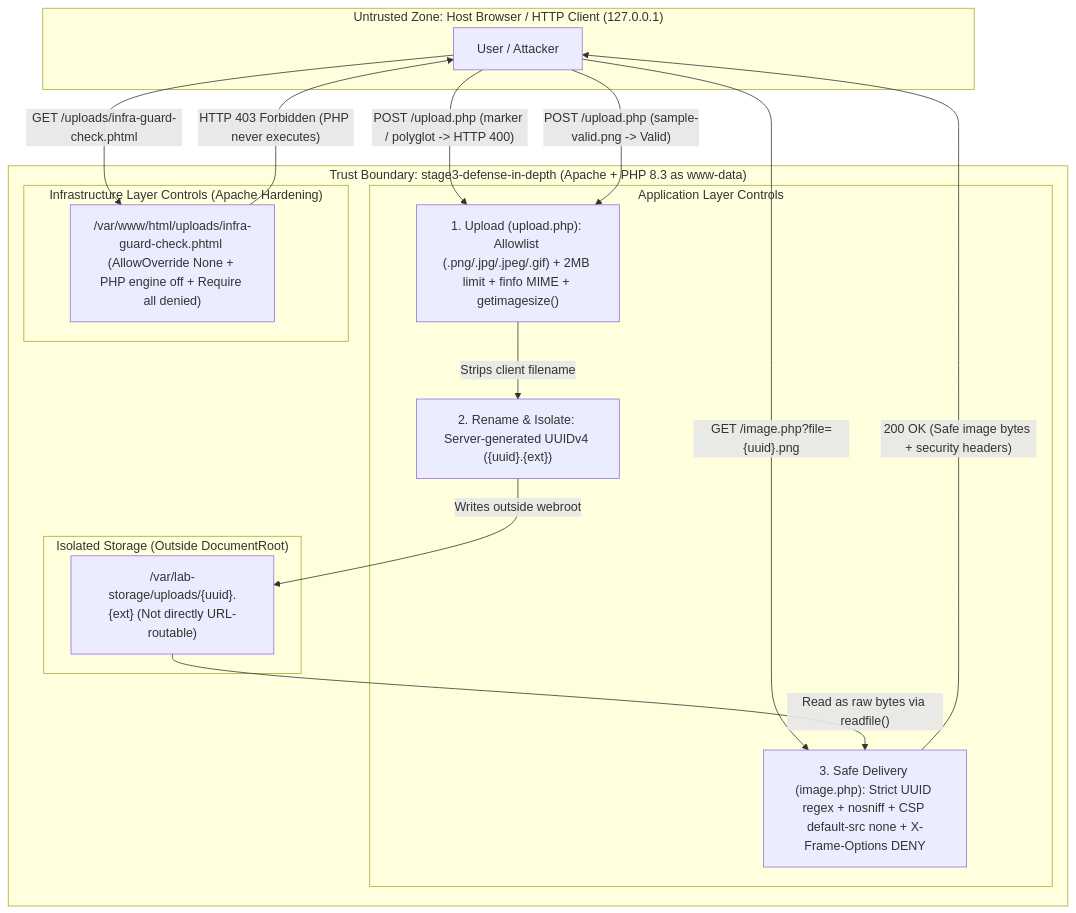
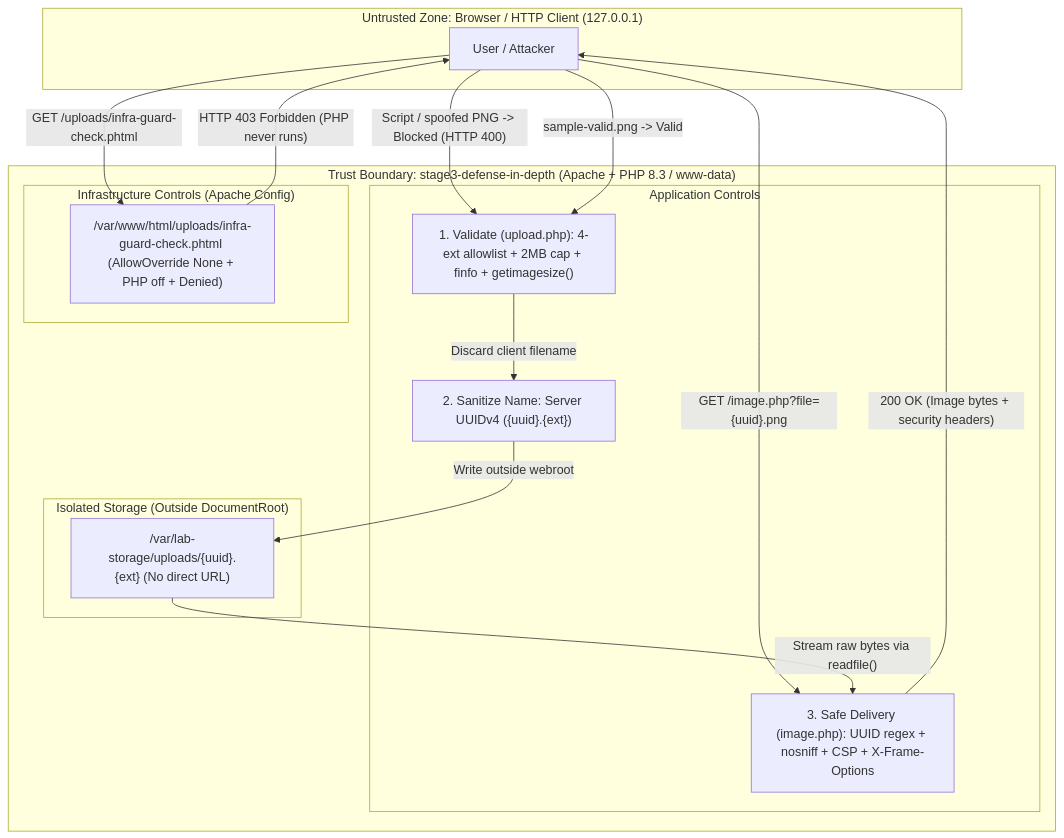
One commit to sunak-tech/upload-to-execution-lab changed the third of 3 diagrams in labs/01-php-upload-defense/README.en.md. Above: the diagram before and after it, drawn with Mermaid. The commit also changed other lines of this file and 38 other files, not shown here.

````diff
--- a/labs/01-php-upload-defense/README.en.md
+++ b/labs/01-php-upload-defense/README.en.md
@@ -160,32 +120,32 @@
 ```mermaid
 flowchart TD
-    subgraph ClientZone3["Untrusted Zone: Host Browser / HTTP Client (127.0.0.1)"]
+    subgraph Client3["Untrusted Zone: Browser / HTTP Client (127.0.0.1)"]
         U3["User / Attacker"]
     end
 
-    subgraph ContainerS3["Trust Boundary: stage3-defense-in-depth (Apache + PHP 8.3 as www-data)"]
-        subgraph AppLayer3["Application Layer Controls"]
-            V3["1. Upload (upload.php): Allowlist (.png/.jpg/.jpeg/.gif) + 2MB limit + finfo MIME + getimagesize()"]
-            R3["2. Rename & Isolate: Server-generated UUIDv4 ({uuid}.{ext})"]
-            DL3["3. Safe Delivery (image.php): Strict UUID regex + nosniff + CSP default-src none + X-Frame-Options DENY"]
+    subgraph Server3["Trust Boundary: stage3-defense-in-depth (Apache + PHP 8.3 / www-data)"]
+        subgraph App3["Application Controls"]
+            V3["1. Validate (upload.php): 4-ext allowlist + 2MB cap + finfo + getimagesize()"]
+            R3["2. Sanitize Name: Server UUIDv4 ({uuid}.{ext})"]
+            DL3["3. Safe Delivery (image.php): UUID regex + nosniff + CSP + X-Frame-Options"]
         end
 
-        subgraph StorageZone3["Isolated Storage (Outside DocumentRoot)"]
-            ISO3["/var/lab-storage/uploads/{uuid}.{ext} (Not directly URL-routable)"]
+        subgraph Store3["Isolated Storage (Outside DocumentRoot)"]
+            ISO3["/var/lab-storage/uploads/{uuid}.{ext} (No direct URL)"]
         end
 
-        subgraph InfraLayer3["Infrastructure Layer Controls (Apache Hardening)"]
-            IG3["/var/www/html/uploads/infra-guard-check.phtml (AllowOverride None + PHP engine off + Require all denied)"]
+        subgraph Infra3["Infrastructure Controls (Apache Config)"]
+            IG3["/var/www/html/uploads/infra-guard-check.phtml (AllowOverride None + PHP off + Denied)"]
         end
     end
 
-    U3 -->|"POST /upload.php (marker / polyglot -> HTTP 400)"| V3
-    U3 -->|"POST /upload.php (sample-valid.png -> Valid)"| V3
-    V3 -->|"Strips client filename"| R3
-    R3 -->|"Writes outside webroot"| ISO3
+    U3 -->|"Script / spoofed PNG -> Blocked (HTTP 400)"| V3
+    U3 -->|"sample-valid.png -> Valid"| V3
+    V3 -->|"Discard client filename"| R3
+    R3 -->|"Write outside webroot"| ISO3
     U3 -->|"GET /image.php?file={uuid}.png"| DL3
-    ISO3 -->|"Read as raw bytes via readfile()"| DL3
-    DL3 -->|"200 OK (Safe image bytes + security headers)"| U3
+    ISO3 -->|"Stream raw bytes via readfile()"| DL3
+    DL3 -->|"200 OK (Image bytes + security headers)"| U3
     U3 -->|"GET /uploads/infra-guard-check.phtml"| IG3
-    IG3 -->|"HTTP 403 Forbidden (PHP never executes)"| U3
+    IG3 -->|"HTTP 403 Forbidden (PHP never runs)"| U3
 ```
````
